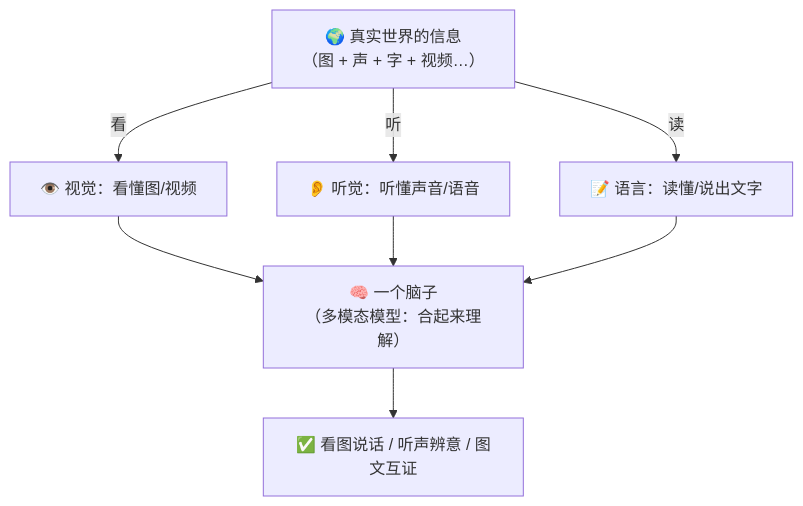
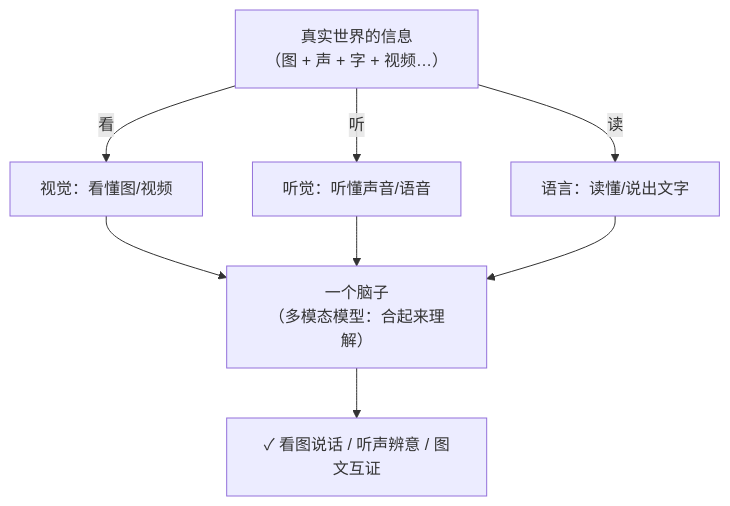
Before and after one commit to luckykhy/KhyAiHub: the second of 6 diagrams in docs/02_CONCEPTS_概念入门/CONCEPT/[CONCEPT-27] 什么是多模态-Multimodal.md, drawn with Mermaid. The commit also changed other lines of this file and 19 other files, not shown here.

````diff
--- a/docs/02_CONCEPTS_概念入门/CONCEPT/[CONCEPT-27] 什么是多模态-Multimodal.md
+++ b/docs/02_CONCEPTS_概念入门/CONCEPT/[CONCEPT-27] 什么是多模态-Multimodal.md
@@ -76,11 +76,11 @@
 ```mermaid
 flowchart TB
-  WORLD["🌍 真实世界的信息<br/>（图 + 声 + 字 + 视频…）"]
-  WORLD -->|"看"| EYE["👁️ 视觉：看懂图/视频"]
-  WORLD -->|"听"| EAR["👂 听觉：听懂声音/语音"]
-  WORLD -->|"读"| TXT["📝 语言：读懂/说出文字"]
-  EYE --> BRAIN["🧠 一个脑子<br/>（多模态模型：合起来理解）"]
+  WORLD["真实世界的信息<br/>（图 + 声 + 字 + 视频…）"]
+  WORLD -->|"看"| EYE["视觉：看懂图/视频"]
+  WORLD -->|"听"| EAR["听觉：听懂声音/语音"]
+  WORLD -->|"读"| TXT["语言：读懂/说出文字"]
+  EYE --> BRAIN["一个脑子<br/>（多模态模型：合起来理解）"]
   EAR --> BRAIN
   TXT --> BRAIN
-  BRAIN --> ANS["✅ 看图说话 / 听声辨意 / 图文互证"]
+  BRAIN --> ANS["✓ 看图说话 / 听声辨意 / 图文互证"]
 ```
````
